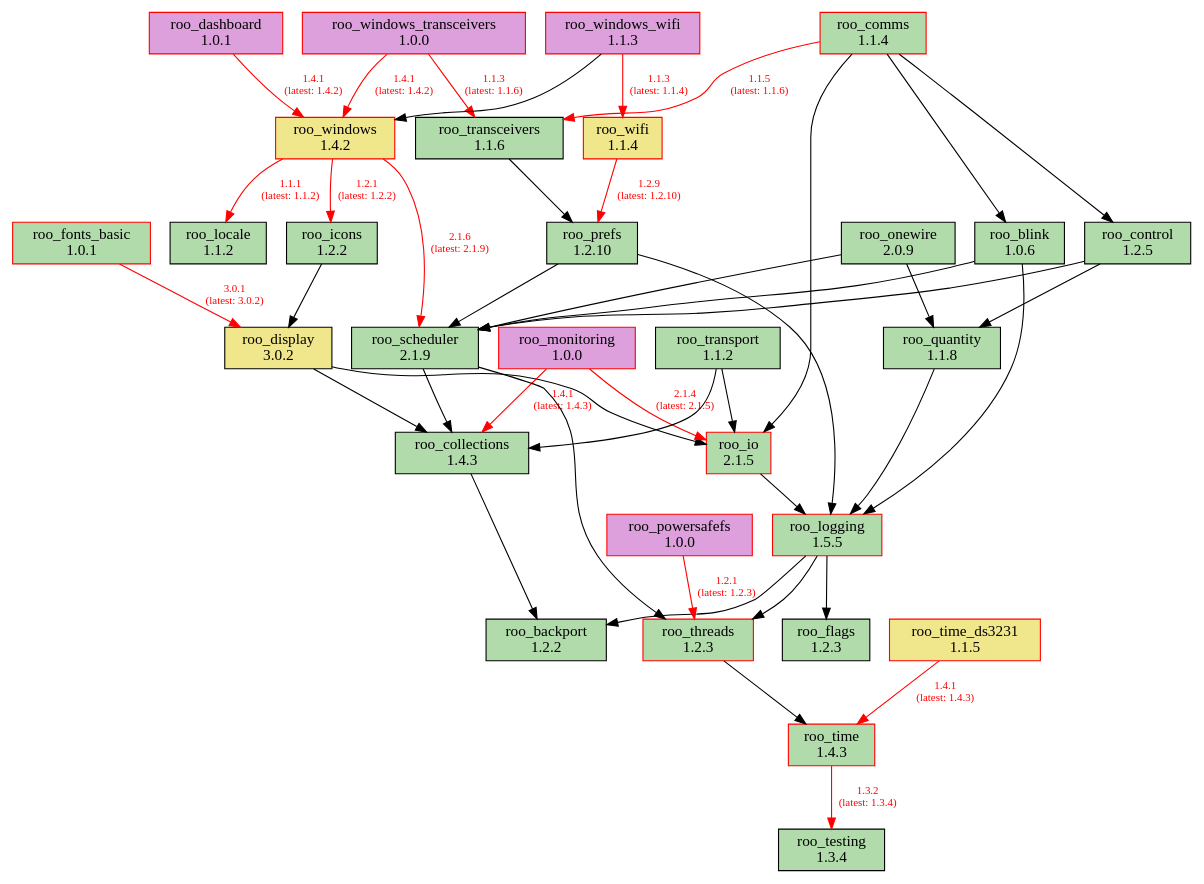
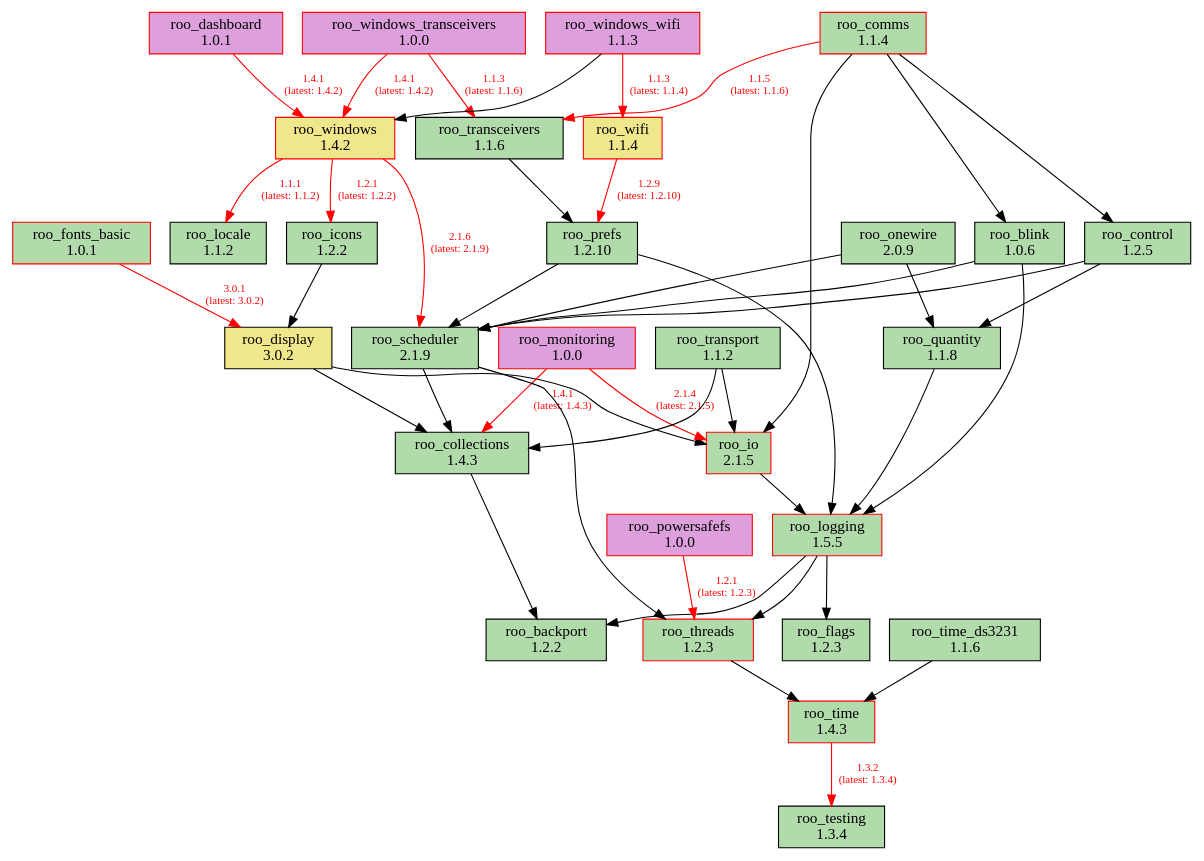
The diagram in doc/dependencies.dot (dejwk/roo-registry), drawn with Graphviz before and after one commit. The commit also changed 3 other files, not shown here.

Commit message:
Added roo_time_ds3231 1.1.6 to the registry.

```diff
--- a/doc/dependencies.dot
+++ b/doc/dependencies.dot
@@ -1,80 +1,80 @@
 digraph dependencies {
     rankdir=TB;
     node [shape=box, style=filled];
     edge [fontsize=10];
 
     // Modules
     "roo_backport" [label="roo_backport\n1.2.2", fillcolor="#b1dbab", color="black"];
     "roo_blink" [label="roo_blink\n1.0.6", fillcolor="#b1dbab", color="black"];
     "roo_collections" [label="roo_collections\n1.4.3", fillcolor="#b1dbab", color="black"];
     "roo_comms" [label="roo_comms\n1.1.4", fillcolor="#b1dbab", color="red"];
     "roo_control" [label="roo_control\n1.2.5", fillcolor="#b1dbab", color="black"];
     "roo_dashboard" [label="roo_dashboard\n1.0.1", fillcolor="plum", color="red"];
     "roo_display" [label="roo_display\n3.0.2", fillcolor="khaki", color="black"];
     "roo_flags" [label="roo_flags\n1.2.3", fillcolor="#b1dbab", color="black"];
     "roo_fonts_basic" [label="roo_fonts_basic\n1.0.1", fillcolor="#b1dbab", color="red"];
     "roo_icons" [label="roo_icons\n1.2.2", fillcolor="#b1dbab", color="black"];
     "roo_io" [label="roo_io\n2.1.5", fillcolor="#b1dbab", color="red"];
     "roo_locale" [label="roo_locale\n1.1.2", fillcolor="#b1dbab", color="black"];
     "roo_logging" [label="roo_logging\n1.5.5", fillcolor="#b1dbab", color="red"];
     "roo_monitoring" [label="roo_monitoring\n1.0.0", fillcolor="plum", color="red"];
     "roo_onewire" [label="roo_onewire\n2.0.9", fillcolor="#b1dbab", color="black"];
     "roo_powersafefs" [label="roo_powersafefs\n1.0.0", fillcolor="plum", color="red"];
     "roo_prefs" [label="roo_prefs\n1.2.10", fillcolor="#b1dbab", color="black"];
     "roo_quantity" [label="roo_quantity\n1.1.8", fillcolor="#b1dbab", color="black"];
     "roo_scheduler" [label="roo_scheduler\n2.1.9", fillcolor="#b1dbab", color="black"];
     "roo_testing" [label="roo_testing\n1.3.4", fillcolor="#b1dbab", color="black"];
     "roo_threads" [label="roo_threads\n1.2.3", fillcolor="#b1dbab", color="red"];
     "roo_time" [label="roo_time\n1.4.3", fillcolor="#b1dbab", color="red"];
-    "roo_time_ds3231" [label="roo_time_ds3231\n1.1.5", fillcolor="khaki", color="red"];
+    "roo_time_ds3231" [label="roo_time_ds3231\n1.1.6", fillcolor="#b1dbab", color="black"];
     "roo_transceivers" [label="roo_transceivers\n1.1.6", fillcolor="#b1dbab", color="black"];
     "roo_transport" [label="roo_transport\n1.1.2", fillcolor="#b1dbab", color="black"];
     "roo_wifi" [label="roo_wifi\n1.1.4", fillcolor="khaki", color="red"];
     "roo_windows" [label="roo_windows\n1.4.2", fillcolor="khaki", color="red"];
     "roo_windows_transceivers" [label="roo_windows_transceivers\n1.0.0", fillcolor="plum", color="red"];
     "roo_windows_wifi" [label="roo_windows_wifi\n1.1.3", fillcolor="plum", color="red"];
 
     // Dependencies
     "roo_blink" -> "roo_logging";
     "roo_blink" -> "roo_scheduler";
     "roo_collections" -> "roo_backport";
     "roo_comms" -> "roo_blink";
     "roo_comms" -> "roo_control";
     "roo_comms" -> "roo_io";
     "roo_comms" -> "roo_transceivers" [color=red, fontcolor=red, label="1.1.5\n(latest: 1.1.6)"];
     "roo_control" -> "roo_quantity";
     "roo_control" -> "roo_scheduler";
     "roo_dashboard" -> "roo_windows" [color=red, fontcolor=red, label="1.4.1\n(latest: 1.4.2)"];
     "roo_display" -> "roo_collections";
     "roo_display" -> "roo_io";
     "roo_fonts_basic" -> "roo_display" [color=red, fontcolor=red, label="3.0.1\n(latest: 3.0.2)"];
     "roo_icons" -> "roo_display";
     "roo_io" -> "roo_logging";
     "roo_logging" -> "roo_backport";
     "roo_logging" -> "roo_flags";
     "roo_logging" -> "roo_threads";
     "roo_monitoring" -> "roo_collections" [color=red, fontcolor=red, label="1.4.1\n(latest: 1.4.3)"];
     "roo_monitoring" -> "roo_io" [color=red, fontcolor=red, label="2.1.4\n(latest: 2.1.5)"];
     "roo_onewire" -> "roo_scheduler";
     "roo_onewire" -> "roo_quantity";
     "roo_powersafefs" -> "roo_threads" [color=red, fontcolor=red, label="1.2.1\n(latest: 1.2.3)"];
     "roo_prefs" -> "roo_logging";
     "roo_prefs" -> "roo_scheduler";
     "roo_quantity" -> "roo_logging";
     "roo_scheduler" -> "roo_collections";
     "roo_scheduler" -> "roo_threads";
     "roo_threads" -> "roo_time";
     "roo_time" -> "roo_testing" [color=red, fontcolor=red, label="1.3.2\n(latest: 1.3.4)"];
-    "roo_time_ds3231" -> "roo_time" [color=red, fontcolor=red, label="1.4.1\n(latest: 1.4.3)"];
+    "roo_time_ds3231" -> "roo_time";
     "roo_transceivers" -> "roo_prefs";
     "roo_transport" -> "roo_collections";
     "roo_transport" -> "roo_io";
     "roo_wifi" -> "roo_prefs" [color=red, fontcolor=red, label="1.2.9\n(latest: 1.2.10)"];
     "roo_windows" -> "roo_locale" [color=red, fontcolor=red, label="1.1.1\n(latest: 1.1.2)"];
     "roo_windows" -> "roo_icons" [color=red, fontcolor=red, label="1.2.1\n(latest: 1.2.2)"];
     "roo_windows" -> "roo_scheduler" [color=red, fontcolor=red, label="2.1.6\n(latest: 2.1.9)"];
     "roo_windows_transceivers" -> "roo_transceivers" [color=red, fontcolor=red, label="1.1.3\n(latest: 1.1.6)"];
     "roo_windows_transceivers" -> "roo_windows" [color=red, fontcolor=red, label="1.4.1\n(latest: 1.4.2)"];
     "roo_windows_wifi" -> "roo_wifi" [color=red, fontcolor=red, label="1.1.3\n(latest: 1.1.4)"];
     "roo_windows_wifi" -> "roo_windows";
 }
```
